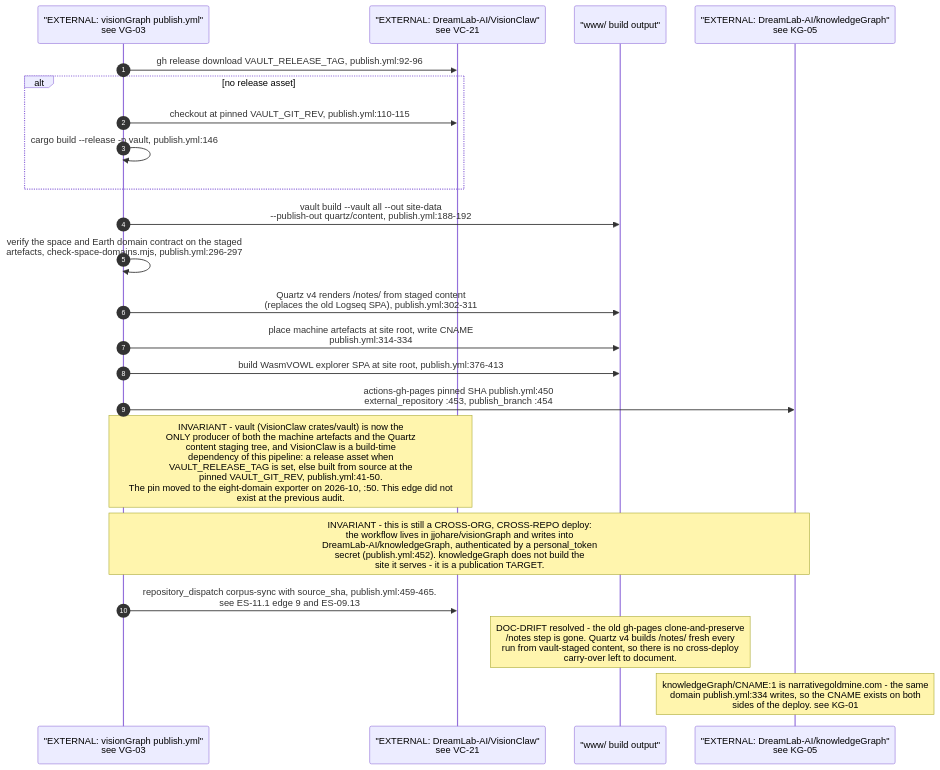
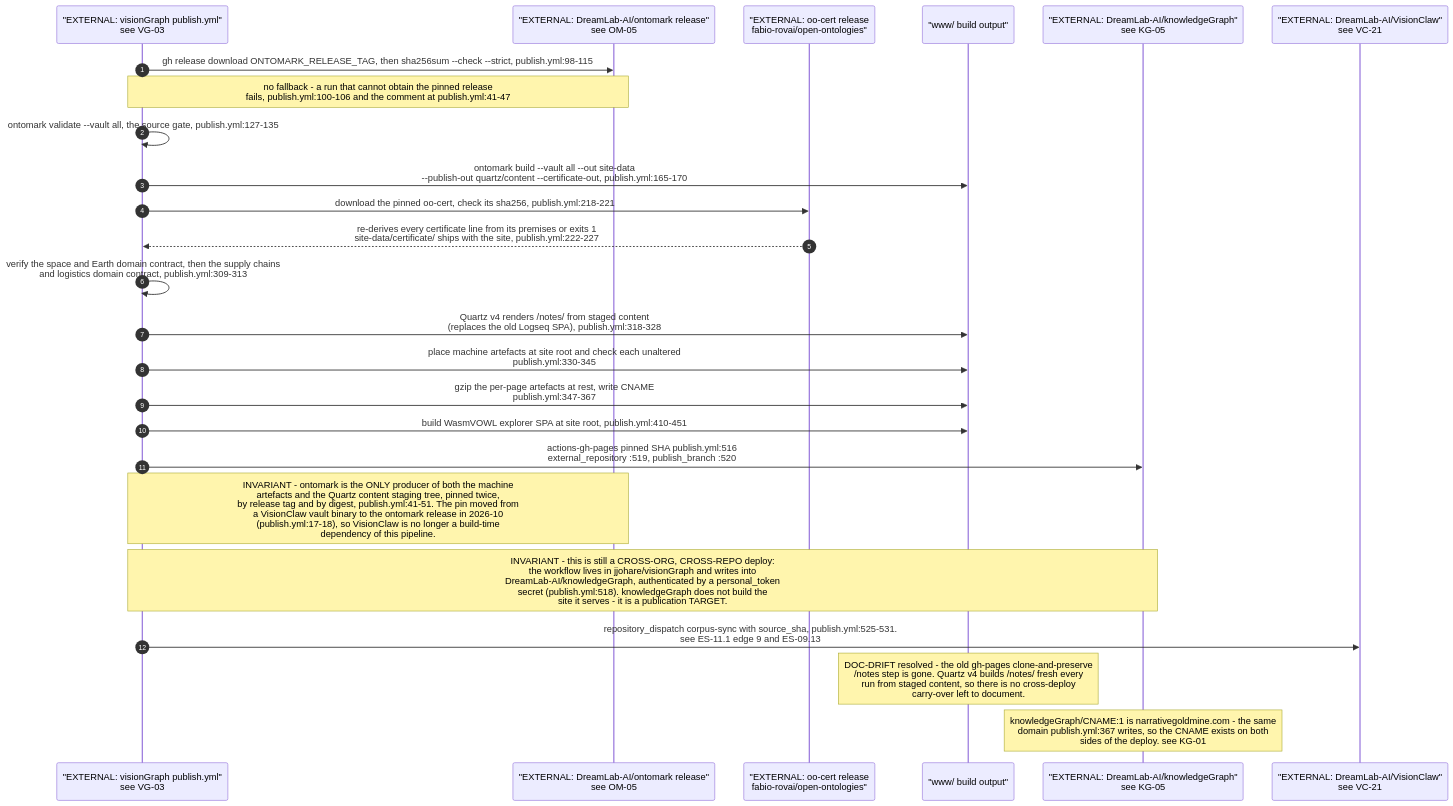
The second of 5 diagrams in docs/diagrams/estate/11-publishing-axis.md (DreamLab-AI/VisionFlow), drawn with Mermaid before and after one commit. The commit also changed other lines of this file and 160 other files, not shown here.

````diff
--- a/docs/diagrams/estate/11-publishing-axis.md
+++ b/docs/diagrams/estate/11-publishing-axis.md
@@ -66,25 +68,28 @@
 ```mermaid
 sequenceDiagram
     autonumber
     participant VG as "EXTERNAL: visionGraph publish.yml"<br/>see VG-03
-    participant VC as "EXTERNAL: DreamLab-AI/VisionClaw"<br/>see VC-21
+    participant OM as "EXTERNAL: DreamLab-AI/ontomark release"<br/>see OM-05
+    participant OO as "EXTERNAL: oo-cert release<br/>fabio-rovai/open-ontologies"
     participant WWW as "www/ build output"
     participant KG as "EXTERNAL: DreamLab-AI/knowledgeGraph"<br/>see KG-05
+    participant VC as "EXTERNAL: DreamLab-AI/VisionClaw"<br/>see VC-21
 
-    VG->>VC: gh release download VAULT_RELEASE_TAG, publish.yml:92-96
-    alt no release asset
-        VG->>VC: checkout at pinned VAULT_GIT_REV, publish.yml:110-115
-        VG->>VG: cargo build --release -p vault, publish.yml:146
-    end
-    VG->>WWW: vault build --vault all --out site-data<br/>--publish-out quartz/content, publish.yml:188-192
-    VG->>VG: verify the space and Earth domain contract on the staged<br/>artefacts, check-space-domains.mjs, publish.yml:296-297
-    VG->>WWW: Quartz v4 renders /notes/ from staged content<br/>(replaces the old Logseq SPA), publish.yml:302-311
-    VG->>WWW: place machine artefacts at site root, write CNAME<br/>publish.yml:314-334
-    VG->>WWW: build WasmVOWL explorer SPA at site root, publish.yml:376-413
-    VG->>KG: actions-gh-pages pinned SHA publish.yml:450<br/>external_repository :453, publish_branch :454
-    Note over VG,VC: INVARIANT - vault (VisionClaw crates/vault) is now the<br/>ONLY producer of both the machine artefacts and the Quartz<br/>content staging tree, and VisionClaw is a build-time<br/>dependency of this pipeline: a release asset when<br/>VAULT_RELEASE_TAG is set, else built from source at the<br/>pinned VAULT_GIT_REV, publish.yml:41-50.<br/>The pin moved to the eight-domain exporter on 2026-10, :50. This edge did not<br/>exist at the previous audit.
-    Note over VG,KG: INVARIANT - this is still a CROSS-ORG, CROSS-REPO deploy:<br/>the workflow lives in jjohare/visionGraph and writes into<br/>DreamLab-AI/knowledgeGraph, authenticated by a personal_token<br/>secret (publish.yml:452). knowledgeGraph does not build the<br/>site it serves - it is a publication TARGET.
-    VG->>VC: repository_dispatch corpus-sync with source_sha, publish.yml:459-465.<br/>see ES-11.1 edge 9 and ES-09.13
-    Note over WWW: DOC-DRIFT resolved - the old gh-pages clone-and-preserve<br/>/notes step is gone. Quartz v4 builds /notes/ fresh every<br/>run from vault-staged content, so there is no cross-deploy<br/>carry-over left to document.
-    Note over KG: knowledgeGraph/CNAME:1 is narrativegoldmine.com - the same<br/>domain publish.yml:334 writes, so the CNAME exists on both<br/>sides of the deploy. see KG-01
+    VG->>OM: gh release download ONTOMARK_RELEASE_TAG, then sha256sum --check --strict, publish.yml:98-115
+    Note over VG,OM: no fallback - a run that cannot obtain the pinned release<br/>fails, publish.yml:100-106 and the comment at publish.yml:41-47
+    VG->>VG: ontomark validate --vault all, the source gate, publish.yml:127-135
+    VG->>WWW: ontomark build --vault all --out site-data<br/>--publish-out quartz/content --certificate-out, publish.yml:165-170
+    VG->>OO: download the pinned oo-cert, check its sha256, publish.yml:218-221
+    OO-->>VG: re-derives every certificate line from its premises or exits 1<br/>site-data/certificate/ ships with the site, publish.yml:222-227
+    VG->>VG: verify the space and Earth domain contract, then the supply chains<br/>and logistics domain contract, publish.yml:309-313
+    VG->>WWW: Quartz v4 renders /notes/ from staged content<br/>(replaces the old Logseq SPA), publish.yml:318-328
+    VG->>WWW: place machine artefacts at site root and check each unaltered<br/>publish.yml:330-345
+    VG->>WWW: gzip the per-page artefacts at rest, write CNAME<br/>publish.yml:347-367
+    VG->>WWW: build WasmVOWL explorer SPA at site root, publish.yml:410-451
+    VG->>KG: actions-gh-pages pinned SHA publish.yml:516<br/>external_repository :519, publish_branch :520
+    Note over VG,OM: INVARIANT - ontomark is the ONLY producer of both the machine<br/>artefacts and the Quartz content staging tree, pinned twice,<br/>by release tag and by digest, publish.yml:41-51. The pin moved from<br/>a VisionClaw vault binary to the ontomark release in 2026-10<br/>(publish.yml:17-18), so VisionClaw is no longer a build-time<br/>dependency of this pipeline.
+    Note over VG,KG: INVARIANT - this is still a CROSS-ORG, CROSS-REPO deploy:<br/>the workflow lives in jjohare/visionGraph and writes into<br/>DreamLab-AI/knowledgeGraph, authenticated by a personal_token<br/>secret (publish.yml:518). knowledgeGraph does not build the<br/>site it serves - it is a publication TARGET.
+    VG->>VC: repository_dispatch corpus-sync with source_sha, publish.yml:525-531.<br/>see ES-11.1 edge 9 and ES-09.13
+    Note over WWW: DOC-DRIFT resolved - the old gh-pages clone-and-preserve<br/>/notes step is gone. Quartz v4 builds /notes/ fresh every<br/>run from staged content, so there is no cross-deploy<br/>carry-over left to document.
+    Note over KG: knowledgeGraph/CNAME:1 is narrativegoldmine.com - the same<br/>domain publish.yml:367 writes, so the CNAME exists on both<br/>sides of the deploy. see KG-01
 ```
````
